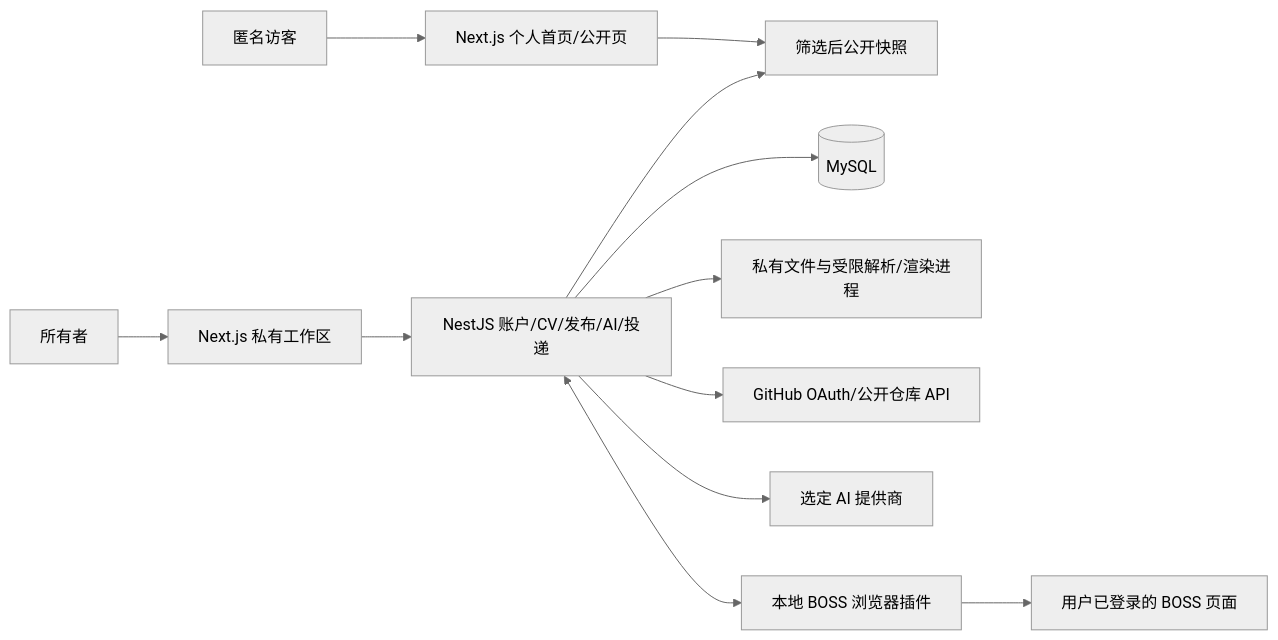
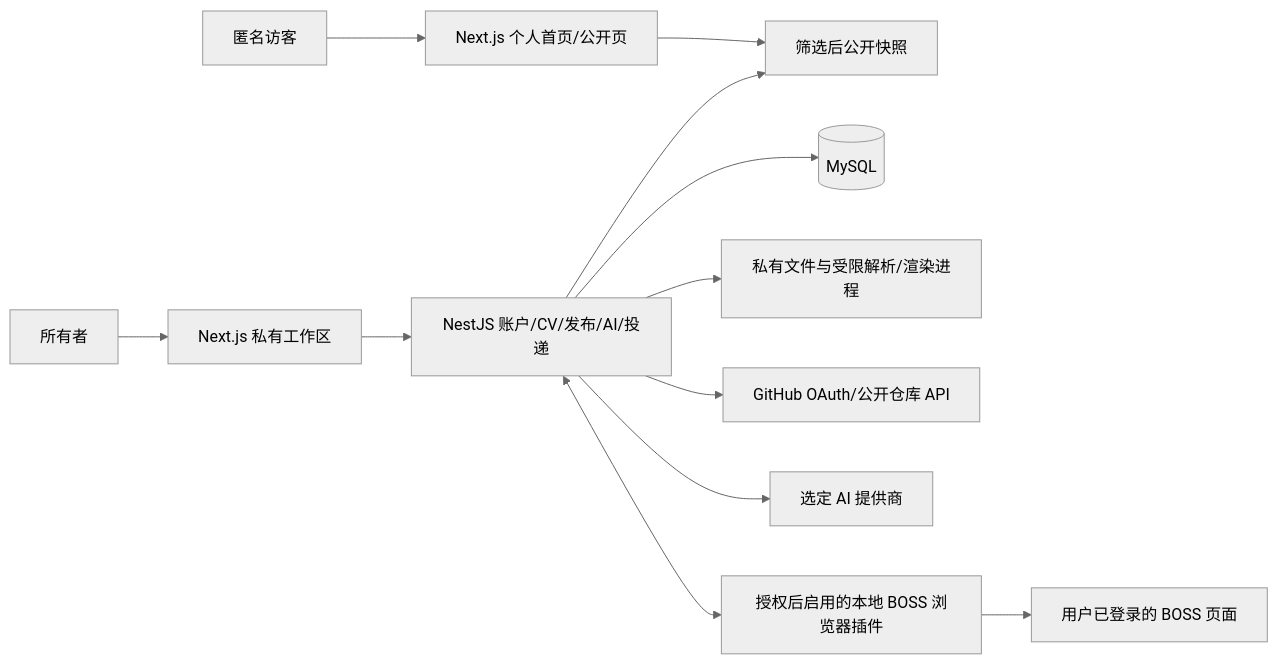
One commit to StephenQiu30/cvory changed the diagram in docs/design/02-CV制作管理与展示设计.md. Above: the diagram before and after it, drawn with Mermaid (neutral theme). The commit also changed other lines of this file and 23 other files, not shown here.

````diff
--- a/docs/design/02-CV制作管理与展示设计.md
+++ b/docs/design/02-CV制作管理与展示设计.md
@@ -346,14 +352,14 @@
 ```mermaid
 flowchart LR
     V[匿名访客] --> H[Next.js 个人首页/公开页]
     U[所有者] --> W[Next.js 私有工作区]
     W --> A[NestJS 账户/CV/发布/AI/投递]
     H --> P[筛选后公开快照]
     A --> D[(MySQL)]
     A --> F[私有文件与受限解析/渲染进程]
     A --> G[GitHub OAuth/公开仓库 API]
     A --> M[选定 AI 提供商]
-    A <--> E[本地 BOSS 浏览器插件]
+    A <--> E[授权后启用的本地 BOSS 浏览器插件]
     E --> B[用户已登录的 BOSS 页面]
     A --> P
 ```
````
